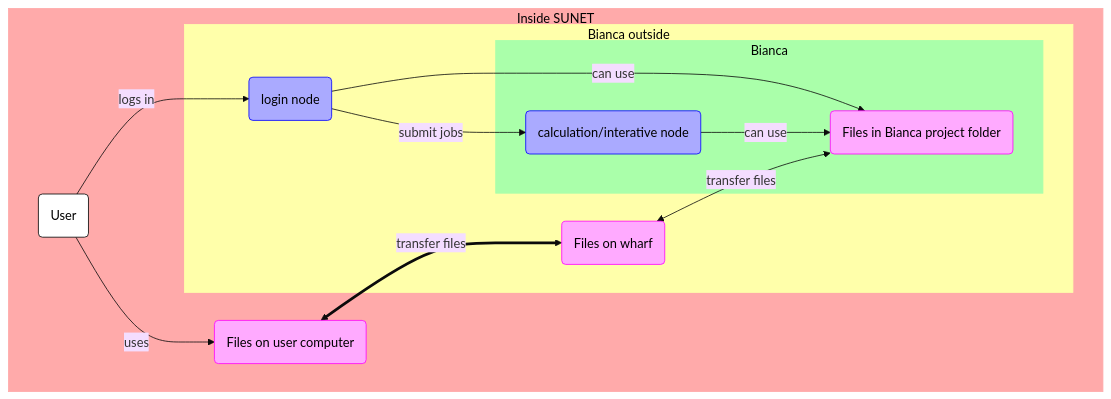
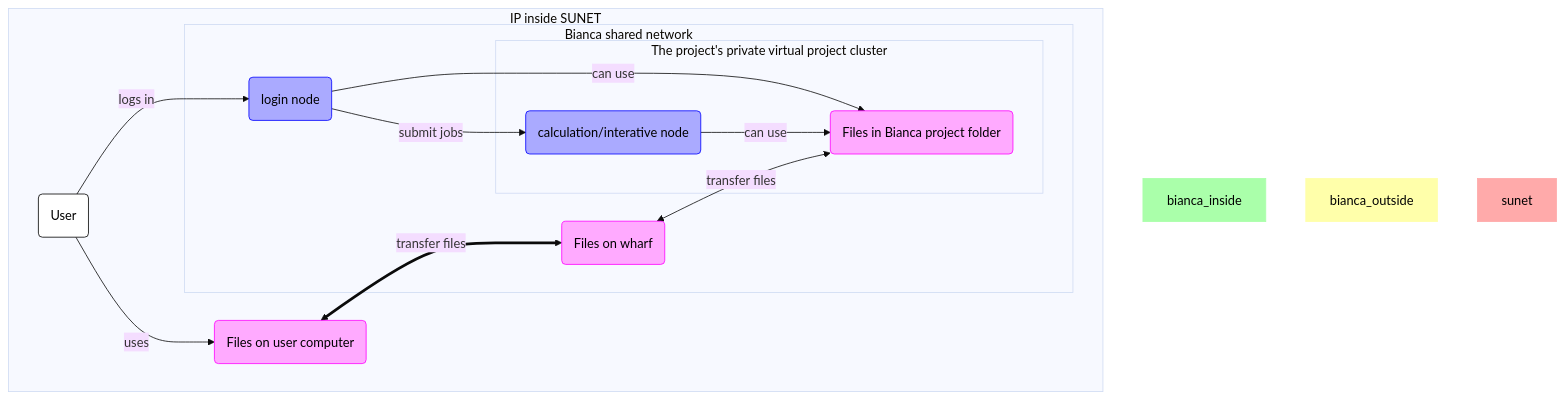
Before and after one commit to UPPMAX/UPPMAX-documentation: the first of 2 diagrams in docs/cluster_guides/bianca_file_transfer_using_gui.md, drawn with Mermaid (base theme). The commit also changed other lines of this file and 1 other file, not shown here.

````diff
--- a/docs/cluster_guides/bianca_file_transfer_using_gui.md
+++ b/docs/cluster_guides/bianca_file_transfer_using_gui.md
@@ -31,38 +31,38 @@
 ```mermaid
 flowchart TD
 
     %% Give a white background to all nodes, instead of a transparent one
     classDef node fill:#fff,color:#000,stroke:#000
 
     %% Graph nodes for files and calculations
     classDef file_node fill:#faf,color:#000,stroke:#f0f
     classDef calculation_node fill:#aaf,color:#000,stroke:#00f
 
-    subgraph sunet[Inside SUNET]
-      subgraph bianca_outside[Bianca outside]
+    subgraph sub_inside[IP inside SUNET]
+      subgraph sub_bianca_shared_env[Bianca shared network]
         login_node(login node):::calculation_node
         files_on_wharf(Files on wharf):::file_node
-        subgraph bianca_inside[Bianca]
+        subgraph sub_bianca_private_env[The project's private virtual project cluster]
           calculation_node(calculation/interative node):::calculation_node
           files_in_bianca_project(Files in Bianca project folder):::file_node
         end
       end
       user(User)
       user_local_files(Files on user computer):::file_node
     end
     style bianca_inside fill:#afa,color:#000,stroke:#afa
     style bianca_outside fill:#ffa,color:#000,stroke:#ffa
     style sunet fill:#faa,color:#000,stroke:#faa
 
     user --> |logs in |login_node
     user --> |uses| user_local_files
 
     %% As of 2023-12-22, using `**text**` for bold face, does not render correctly
     %% user_local_files <== "`**transfer files**`" ==> files_on_wharf
     user_local_files <== "transfer files" ==> files_on_wharf
 
     login_node --> |submit jobs|calculation_node
     login_node --> |can use|files_in_bianca_project
     calculation_node --> |can use|files_in_bianca_project
     files_on_wharf <--> |transfer files| files_in_bianca_project
 ```
````
